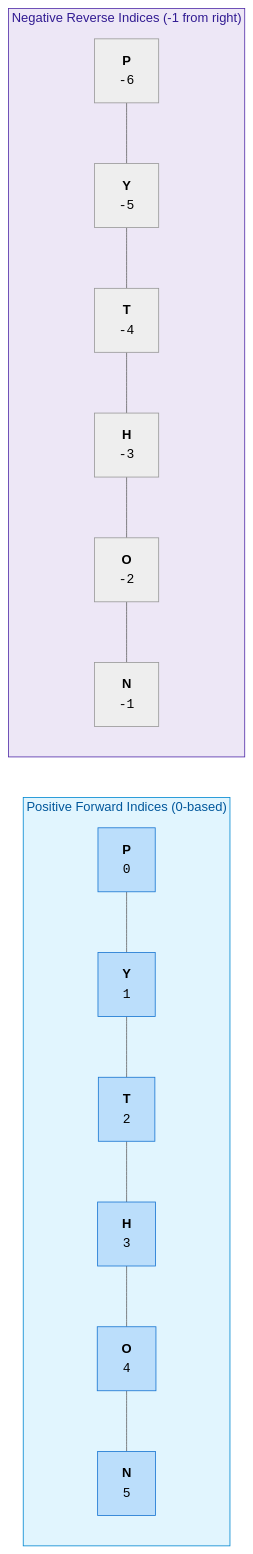
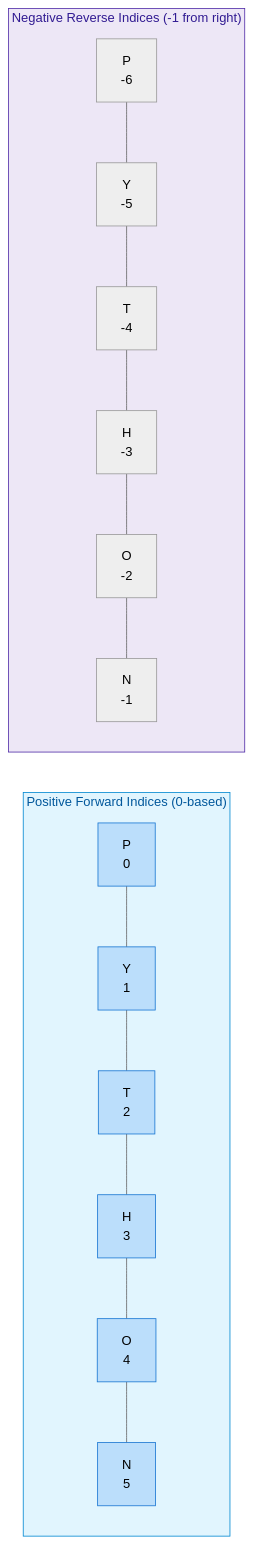
One commit to githubchecker/personal changed the second of 2 diagrams in notes/NotionExport/AI/AI-Learinig-Path/Phase 0 - Foundations/Phase 0.1 - Python/03 Strings In Depth.md. Above: the diagram before and after it, drawn with Mermaid (neutral theme). The commit also changed other lines of this file and 5 other files, not shown here.

Commit message:
fix: clean Mermaid HTML tags and finalize infographic headers with large font

````diff
--- a/notes/NotionExport/AI/AI-Learinig-Path/Phase 0 - Foundations/Phase 0.1 - Python/03 Strings In Depth.md
+++ b/notes/NotionExport/AI/AI-Learinig-Path/Phase 0 - Foundations/Phase 0.1 - Python/03 Strings In Depth.md
@@ -110,18 +110,18 @@
 ```mermaid
 flowchart LR
     subgraph PosIndices ["Positive Forward Indices (0-based)"]
-        P0["<b>P</b><br/><code>0</code>"] --- P1["<b>Y</b><br/><code>1</code>"] --- P2["<b>T</b><br/><code>2</code>"] --- P3["<b>H</b><br/><code>3</code>"] --- P4["<b>O</b><br/><code>4</code>"] --- P5["<b>N</b><br/><code>5</code>"]
+        P0["P<br/>0"] --- P1["Y<br/>1"] --- P2["T<br/>2"] --- P3["H<br/>3"] --- P4["O<br/>4"] --- P5["N<br/>5"]
     end
     subgraph NegIndices ["Negative Reverse Indices (-1 from right)"]
-        N0["<b>P</b><br/><code>-6</code>"] --- N1["<b>Y</b><br/><code>-5</code>"] --- N2["<b>T</b><br/><code>-4</code>"] --- N3["<b>H</b><br/><code>-3</code>"] --- N4["<b>O</b><br/><code>-2</code>"] --- N5["<b>N</b><br/><code>-1</code>"]
+        N0["P<br/>-6"] --- N1["Y<br/>-5"] --- N2["T<br/>-4"] --- N3["H<br/>-3"] --- N4["O<br/>-2"] --- N5["N<br/>-1"]
     end
 
     style PosIndices fill:#E1F5FE,stroke:#0288D1,color:#01579B
     style NegIndices fill:#EDE7F6,stroke:#512DA8,color:#311B92
     style P0 fill:#BBDEFB,stroke:#1976D2
     style P1 fill:#BBDEFB,stroke:#1976D2
     style P2 fill:#BBDEFB,stroke:#1976D2
     style P3 fill:#BBDEFB,stroke:#1976D2
     style P4 fill:#BBDEFB,stroke:#1976D2
     style P5 fill:#BBDEFB,stroke:#1976D2
 ```
````
